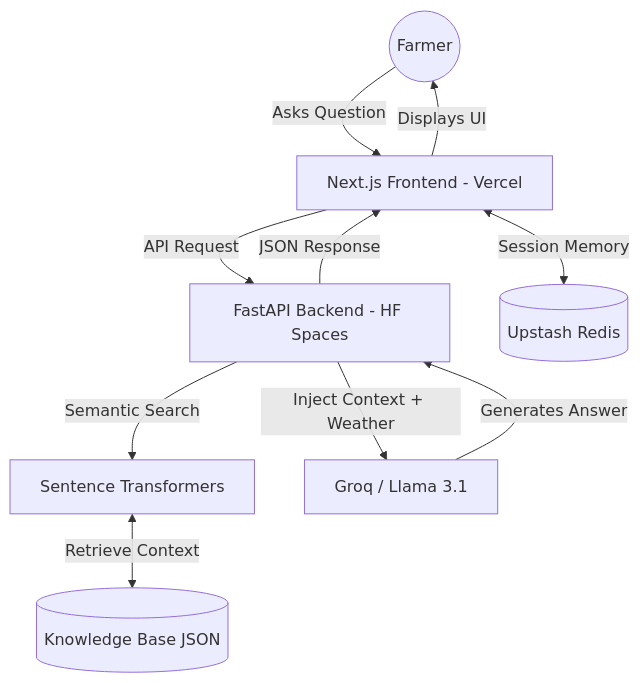
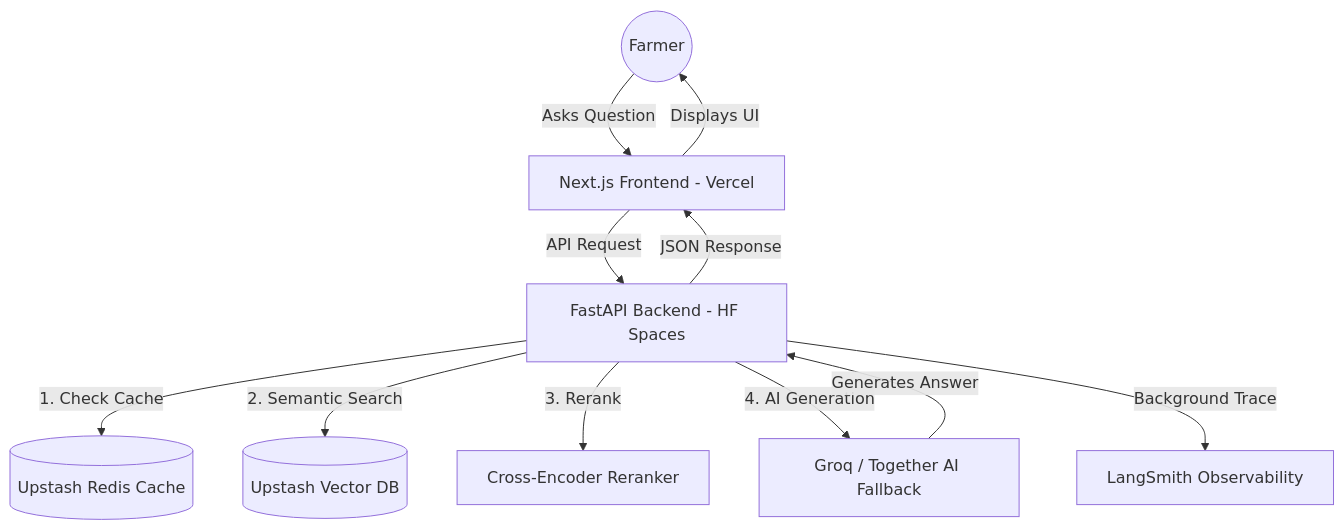
Before and after one commit to ramkrishnaji/agribot: the diagram in README.md, drawn with Mermaid. The commit also changed other lines of this file and 1 other file, not shown here.

````diff
--- a/README.md
+++ b/README.md
@@ -14,12 +17,13 @@
 ```mermaid
 graph TD
     User((Farmer)) -->|Asks Question| FE[Next.js Frontend - Vercel]
     FE -->|API Request| BE[FastAPI Backend - HF Spaces]
-    BE -->|Semantic Search| Retriever[Sentence Transformers]
-    Retriever <-->|Retrieve Context| KB[(Knowledge Base JSON)]
-    BE -->|Inject Context + Weather| LLM[Groq / Llama 3.1]
+    BE -->|1. Check Cache| Redis[(Upstash Redis Cache)]
+    BE -->|2. Semantic Search| Vector[(Upstash Vector DB)]
+    BE -->|3. Rerank| Reranker[Cross-Encoder Reranker]
+    BE -->|4. AI Generation| LLM[Groq / Together AI Fallback]
     LLM -->|Generates Answer| BE
+    BE -->|Background Trace| LS[LangSmith Observability]
     BE -->|JSON Response| FE
     FE -->|Displays UI| User
-    FE <-->|Session Memory| Redis[(Upstash Redis)]
 ```
````
